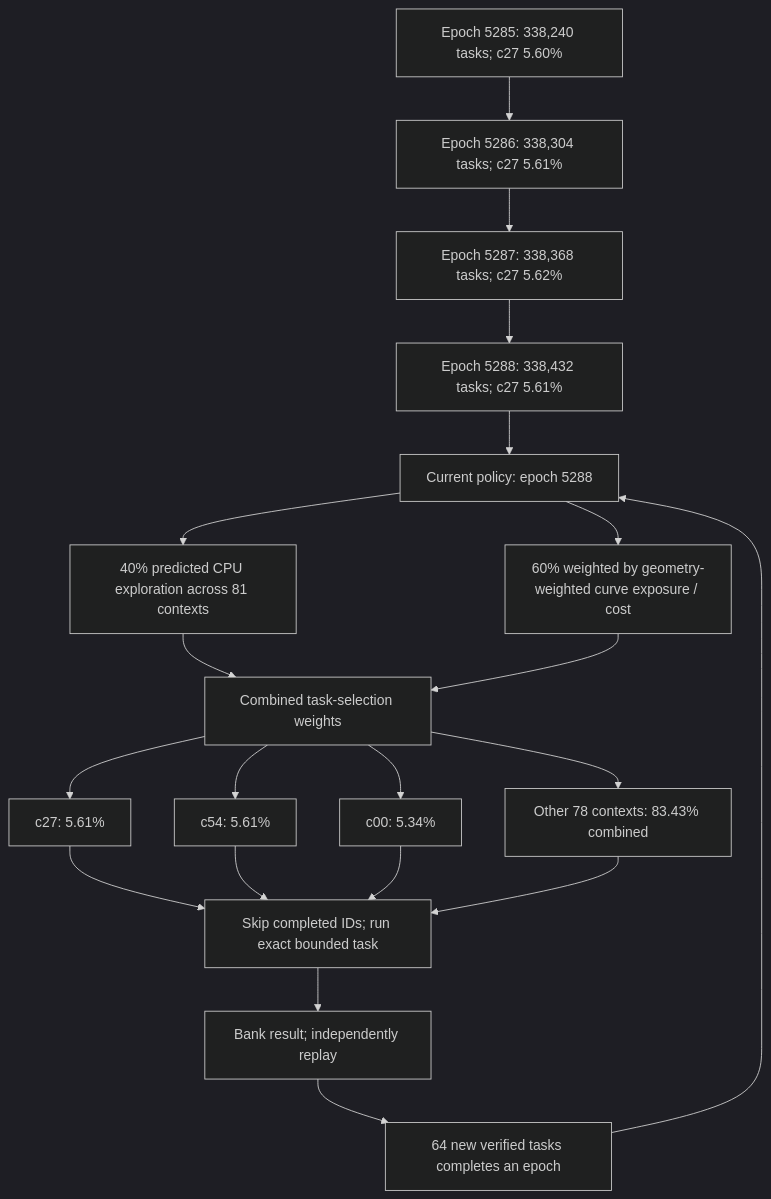
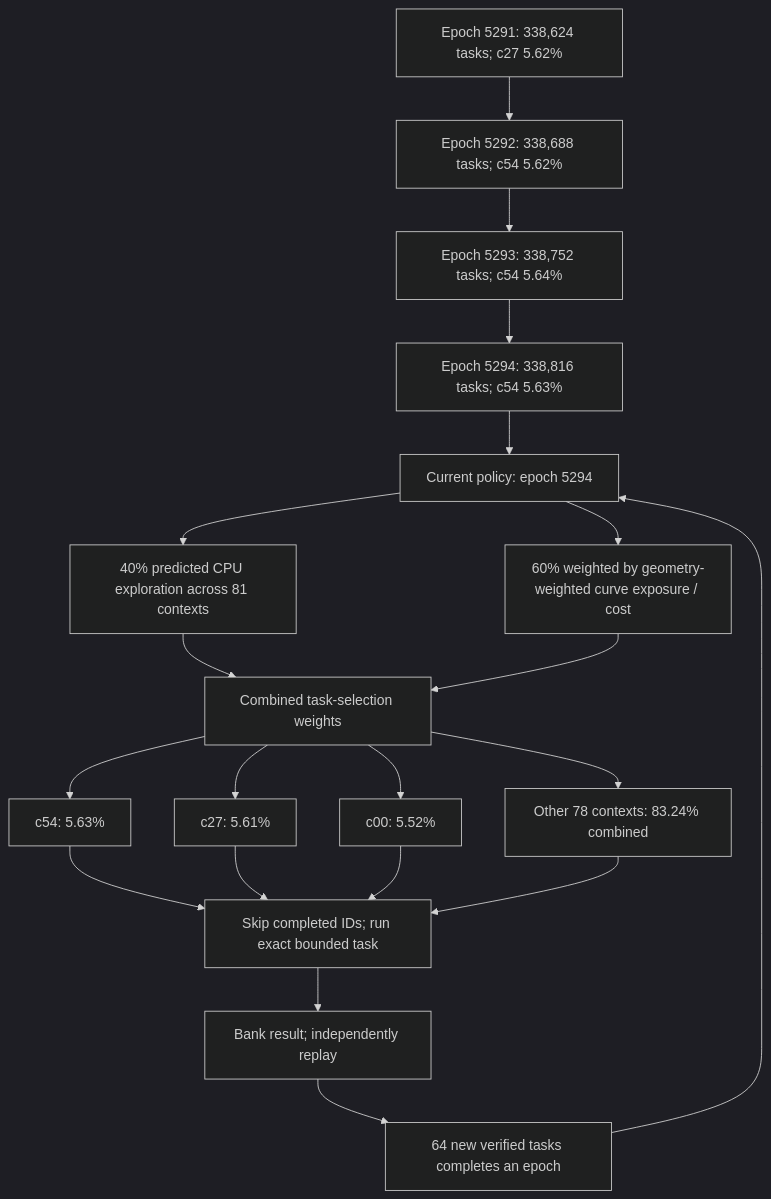
The first of 3 diagrams in README.md (Kuberwastaken/math-gambling), drawn with Mermaid (dark theme) before and after one commit. The commit also changed other lines of this file and 1386 other files, not shown here.

````diff
--- a/README.md
+++ b/README.md
@@ -60,27 +60,27 @@
 ```mermaid
 flowchart TD
-    H0["Epoch 5285: 338,240 tasks; c27 5.60%"]
-    H1["Epoch 5286: 338,304 tasks; c27 5.61%"]
+    H0["Epoch 5291: 338,624 tasks; c27 5.62%"]
+    H1["Epoch 5292: 338,688 tasks; c54 5.62%"]
     H0 --> H1
-    H2["Epoch 5287: 338,368 tasks; c27 5.62%"]
+    H2["Epoch 5293: 338,752 tasks; c54 5.64%"]
     H1 --> H2
-    H3["Epoch 5288: 338,432 tasks; c27 5.61%"]
+    H3["Epoch 5294: 338,816 tasks; c54 5.63%"]
     H2 --> H3
-    Policy["Current policy: epoch 5288"]
+    Policy["Current policy: epoch 5294"]
     H3 --> Policy
     Policy --> Explore["40% predicted CPU exploration across 81 contexts"]
     Policy --> Cost["60% weighted by geometry-weighted curve exposure / cost"]
     Explore --> Mix["Combined task-selection weights"]
     Cost --> Mix
-    Mix --> C0["c27: 5.61%"]
-    Mix --> C1["c54: 5.61%"]
-    Mix --> C2["c00: 5.34%"]
-    Mix --> Rest["Other 78 contexts: 83.43% combined"]
+    Mix --> C0["c54: 5.63%"]
+    Mix --> C1["c27: 5.61%"]
+    Mix --> C2["c00: 5.52%"]
+    Mix --> Rest["Other 78 contexts: 83.24% combined"]
     C0 --> Check["Skip completed IDs; run exact bounded task"]
     C1 --> Check
     C2 --> Check
     Rest --> Check
     Check --> Replay["Bank result; independently replay"]
     Replay --> Gate["64 new verified tasks completes an epoch"]
     Gate --> Policy
 ```
````
